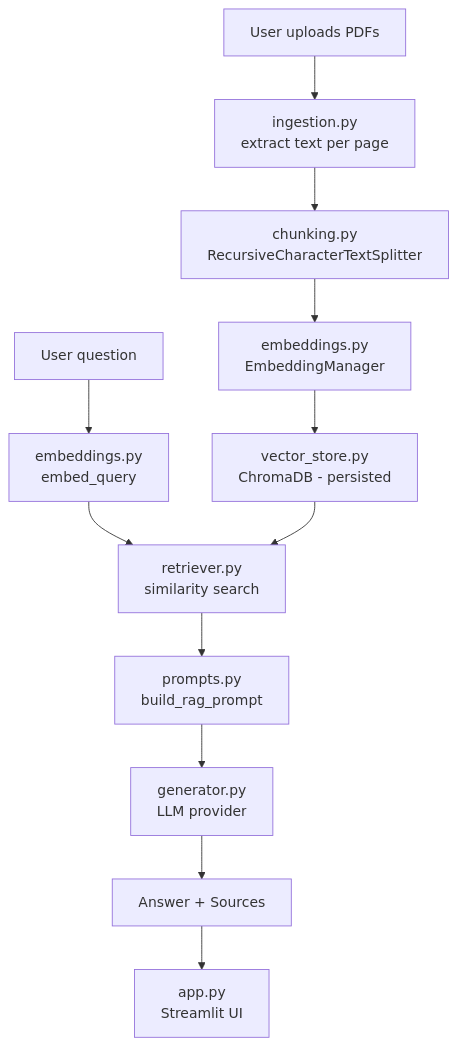
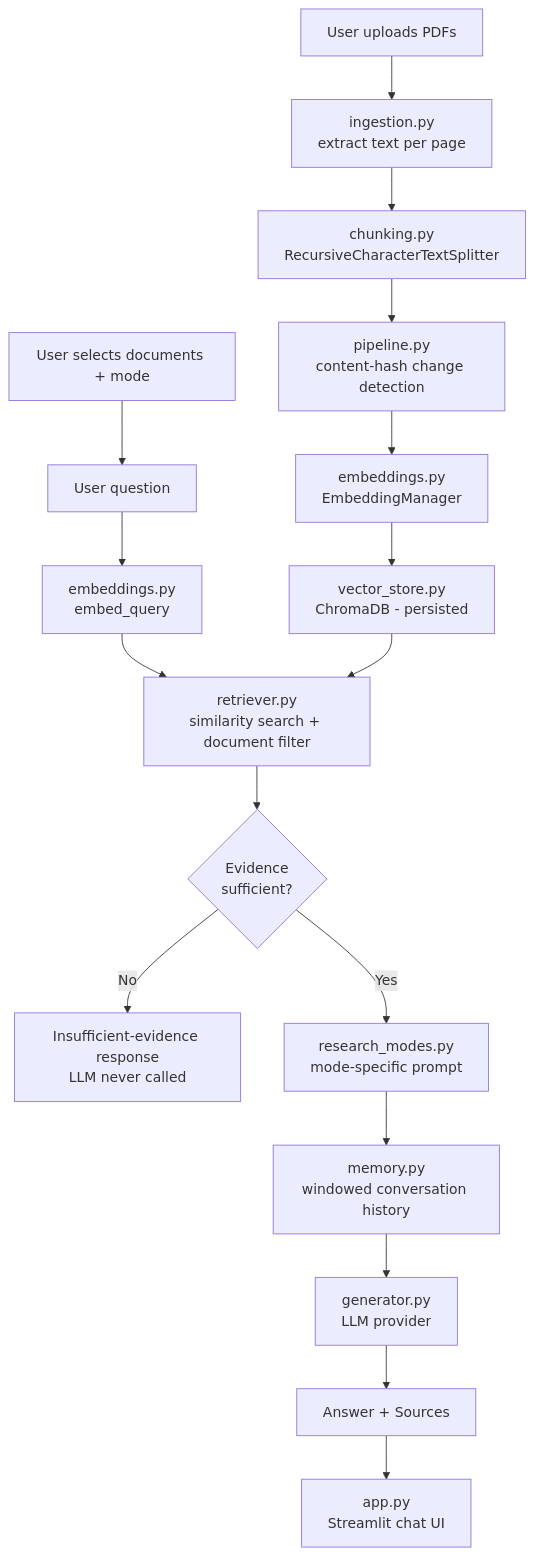
The diagram in README.md (Ishraq225/ResearchMate), drawn with Mermaid before and after one commit. The commit also changed other lines of this file and 19 other files, not shown here.

````diff
--- a/README.md
+++ b/README.md
@@ -34,14 +27,20 @@
 ```mermaid
 flowchart TD
     A[User uploads PDFs] --> B[ingestion.py<br/>extract text per page]
     B --> C[chunking.py<br/>RecursiveCharacterTextSplitter]
-    C --> D[embeddings.py<br/>EmbeddingManager]
-    D --> E[vector_store.py<br/>ChromaDB - persisted]
-    F[User question] --> G[embeddings.py<br/>embed_query]
-    G --> H[retriever.py<br/>similarity search]
-    E --> H
-    H --> I[prompts.py<br/>build_rag_prompt]
-    I --> J[generator.py<br/>LLM provider]
-    J --> K[Answer + Sources]
-    K --> L[app.py<br/>Streamlit UI]
+    C --> D[pipeline.py<br/>content-hash change detection]
+    D --> E[embeddings.py<br/>EmbeddingManager]
+    E --> F[vector_store.py<br/>ChromaDB - persisted]
+
+    G[User selects documents + mode] --> H[User question]
+    H --> I[embeddings.py<br/>embed_query]
+    I --> J[retriever.py<br/>similarity search + document filter]
+    F --> J
+    J --> K{Evidence<br/>sufficient?}
+    K -- No --> L[Insufficient-evidence response<br/>LLM never called]
+    K -- Yes --> M[research_modes.py<br/>mode-specific prompt]
+    M --> N[memory.py<br/>windowed conversation history]
+    N --> O[generator.py<br/>LLM provider]
+    O --> P[Answer + Sources]
+    P --> Q[app.py<br/>Streamlit chat UI]
 ```
````
